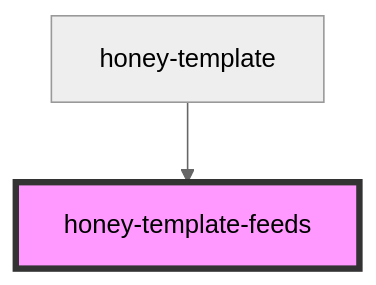
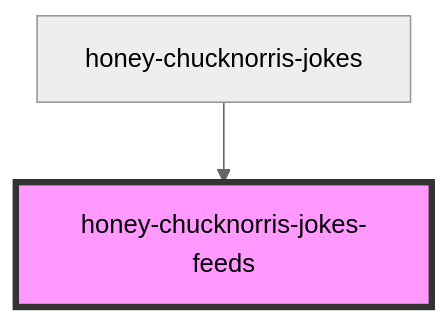
The diagram in src/components/honey-news/feeds/readme.md (Huluvu424242/honey-chucknorris-jokes), drawn with Mermaid (neutral theme) before and after one commit. The commit also changed other lines of this file and 20 other files, not shown here.

````diff
--- a/src/components/honey-news/feeds/readme.md
+++ b/src/components/honey-news/feeds/readme.md
@@ -22,5 +22,5 @@
 ```mermaid
 graph TD;
-  honey-template --> honey-template-feeds
-  style honey-template-feeds fill:#f9f,stroke:#333,stroke-width:4px
+  honey-chucknorris-jokes --> honey-chucknorris-jokes-feeds
+  style honey-chucknorris-jokes-feeds fill:#f9f,stroke:#333,stroke-width:4px
 ```
````
